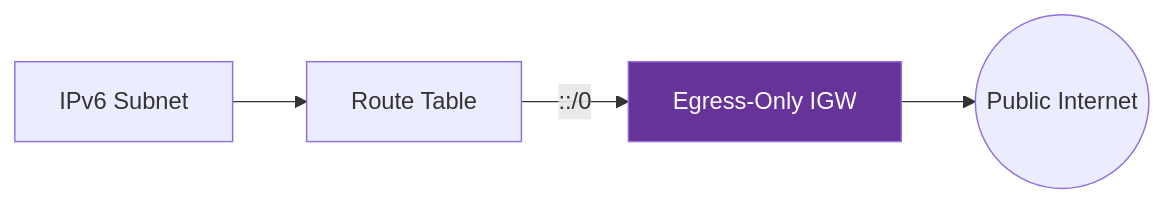
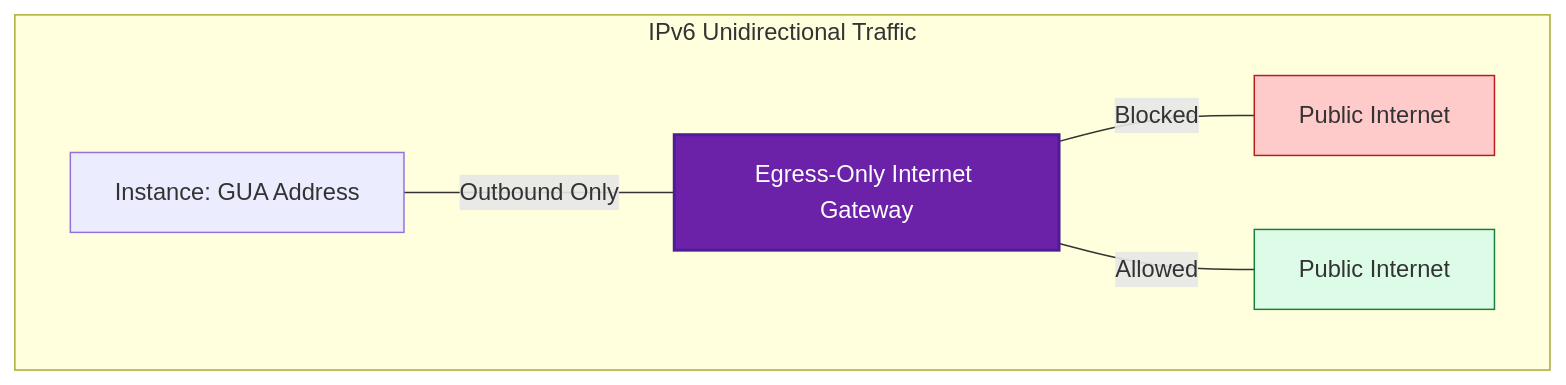
One commit to Ganil151/Devops changed the diagram in 2-Intermediate/01-Phase-1/01-Networking/03-Internet-and-NAT-Gateways/03-IPv6-and-Egress-Only-Gateways/README.md. Above: the diagram before and after it, drawn with Mermaid. The commit also changed other lines of this file and 51 other files, not shown here.

````diff
--- a/2-Intermediate/01-Phase-1/01-Networking/03-Internet-and-NAT-Gateways/03-IPv6-and-Egress-Only-Gateways/README.md
+++ b/2-Intermediate/01-Phase-1/01-Networking/03-Internet-and-NAT-Gateways/03-IPv6-and-Egress-Only-Gateways/README.md
@@ -9,8 +5,13 @@
 ```mermaid
-graph LR
-    Subnet[IPv6 Subnet] --> RT[Route Table]
-    RT -->|::/0| EIGW[Egress-Only IGW]
-    EIGW --> Internet((Public Internet))
+graph TD
+    subgraph IPv6_Security[IPv6 Unidirectional Traffic]
+        direction LR
+        Instance_IPv6[Instance: GUA Address] ---|Outbound Only| EIGW[Egress-Only Internet Gateway]
+        EIGW ---|Blocked| Internet_In[Public Internet]
+        EIGW ---|Allowed| Internet_Out[Public Internet]
+    end
 
-style EIGW fill:#663399,color:#fff
+    style EIGW fill:#6b21a8,stroke:#4c1d95,stroke-width:2px,color:#fff
+    style Internet_In fill:#fecaca,stroke:#b91c1c
+    style Internet_Out fill:#dcfce7,stroke:#15803d
 ```
````
